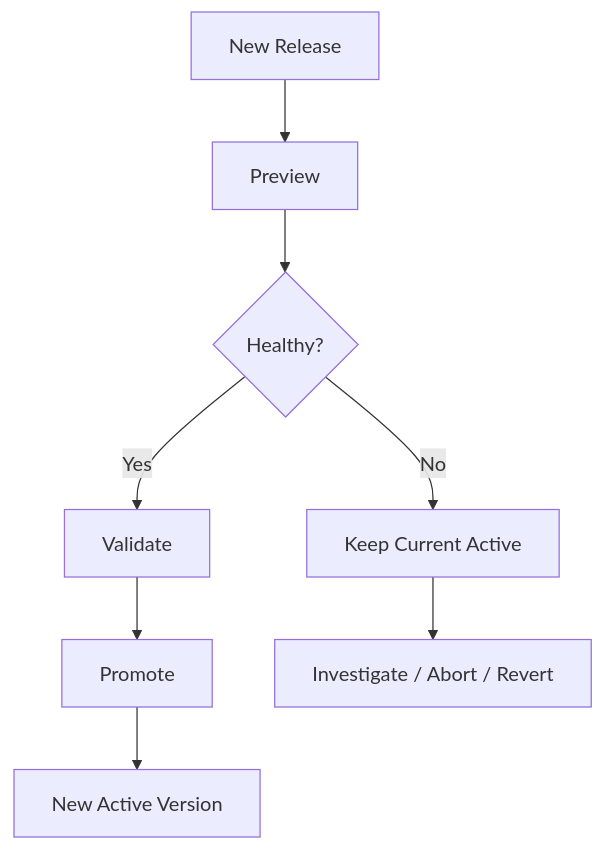
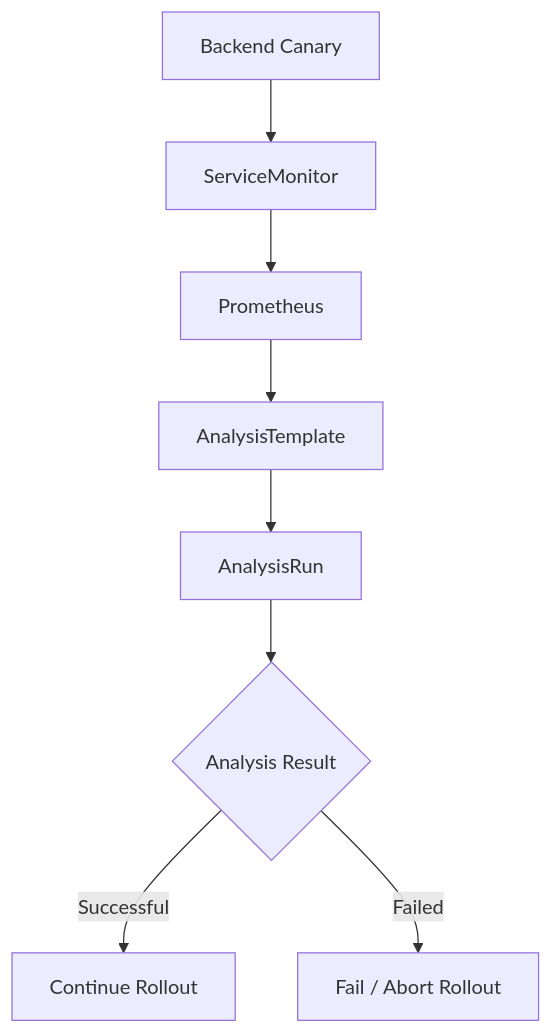
Diagram 15 of 35 in docs/04-progressive-delivery/README.md (ahmed-sayed-devops/microservices-platform-gitops), drawn with Mermaid before and after one commit. The commit also changed other lines of this file and 13 other files, not shown here.

Commit message:
docs: update progressive delivery and platform architecture

````diff
--- a/docs/04-progressive-delivery/README.md
+++ b/docs/04-progressive-delivery/README.md
@@ -728,10 +790,13 @@
 ```mermaid
 graph TD
-    A["New Release"] --> B["Preview"]
-    B --> C{"Healthy?"}
-    C -->|Yes| D["Validate"]
-    D --> E["Promote"]
-    E --> F["New Active Version"]
-    C -->|No| G["Keep Current Active"]
-    G --> H["Investigate / Abort / Revert"]
+
+    A["Backend Canary"] --> B["ServiceMonitor"]
+    B --> C["Prometheus"]
+    C --> D["AnalysisTemplate"]
+    D --> E["AnalysisRun"]
+
+    E --> F{"Analysis Result"}
+
+    F -->|Successful| G["Continue Rollout"]
+    F -->|Failed| H["Fail / Abort Rollout"]
 ```
````
